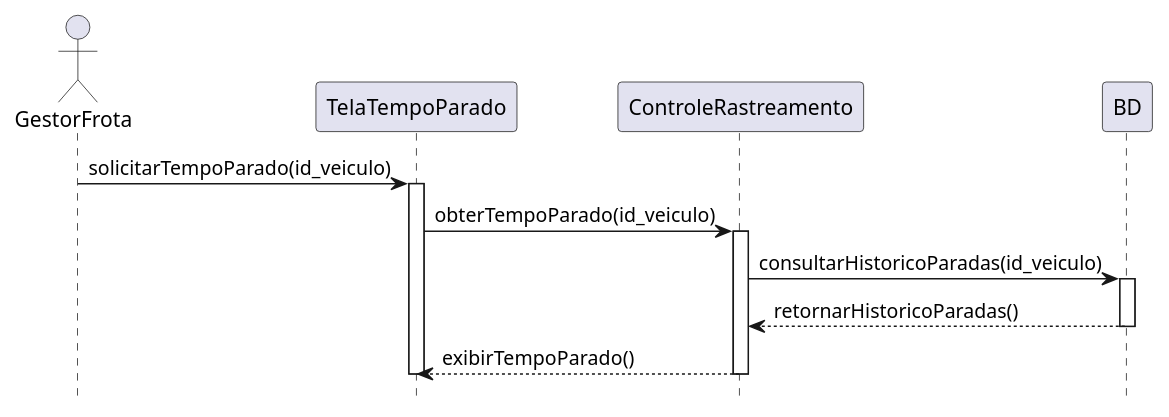
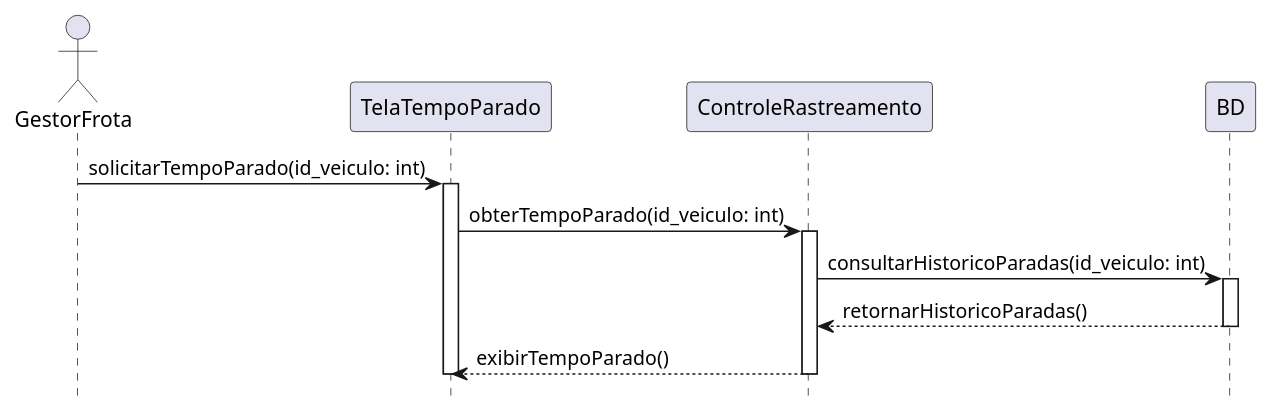
Before and after one commit to Pollyanadias/Sistema-de-Gerenciamento-de-Frotas: the diagram in Gerenciamento de Frotas/Diagramas de Sequencias/Verificar Tempo Parado.iuml, drawn with PlantUML.

Commit message:
Update Verificar Tempo Parado.iuml

```diff
--- a/Gerenciamento de Frotas/Diagramas de Sequencias/Verificar Tempo Parado.iuml
+++ b/Gerenciamento de Frotas/Diagramas de Sequencias/Verificar Tempo Parado.iuml
@@ -1,26 +1,26 @@
 @startuml "Verificar Tempo Parado"
 hide footbox
 
 actor GestorFrota as gestor_ator
 participant TelaTempoParado as tela_tempo_parado
 participant ControleRastreamento as controle_rastreamento
 participant BD as bd
 
-gestor_ator -> tela_tempo_parado: solicitarTempoParado(id_veiculo)
+gestor_ator -> tela_tempo_parado: solicitarTempoParado(id_veiculo: int)
 activate tela_tempo_parado
 
-tela_tempo_parado -> controle_rastreamento: obterTempoParado(id_veiculo)
+tela_tempo_parado -> controle_rastreamento: obterTempoParado(id_veiculo: int)
 activate controle_rastreamento
 
-controle_rastreamento -> bd: consultarHistoricoParadas(id_veiculo)
+controle_rastreamento -> bd: consultarHistoricoParadas(id_veiculo: int)
 activate bd
 
 bd --> controle_rastreamento: retornarHistoricoParadas()
 deactivate bd
 
 controle_rastreamento --> tela_tempo_parado: exibirTempoParado()
 deactivate controle_rastreamento
 
 deactivate tela_tempo_parado
 
 @enduml
```
